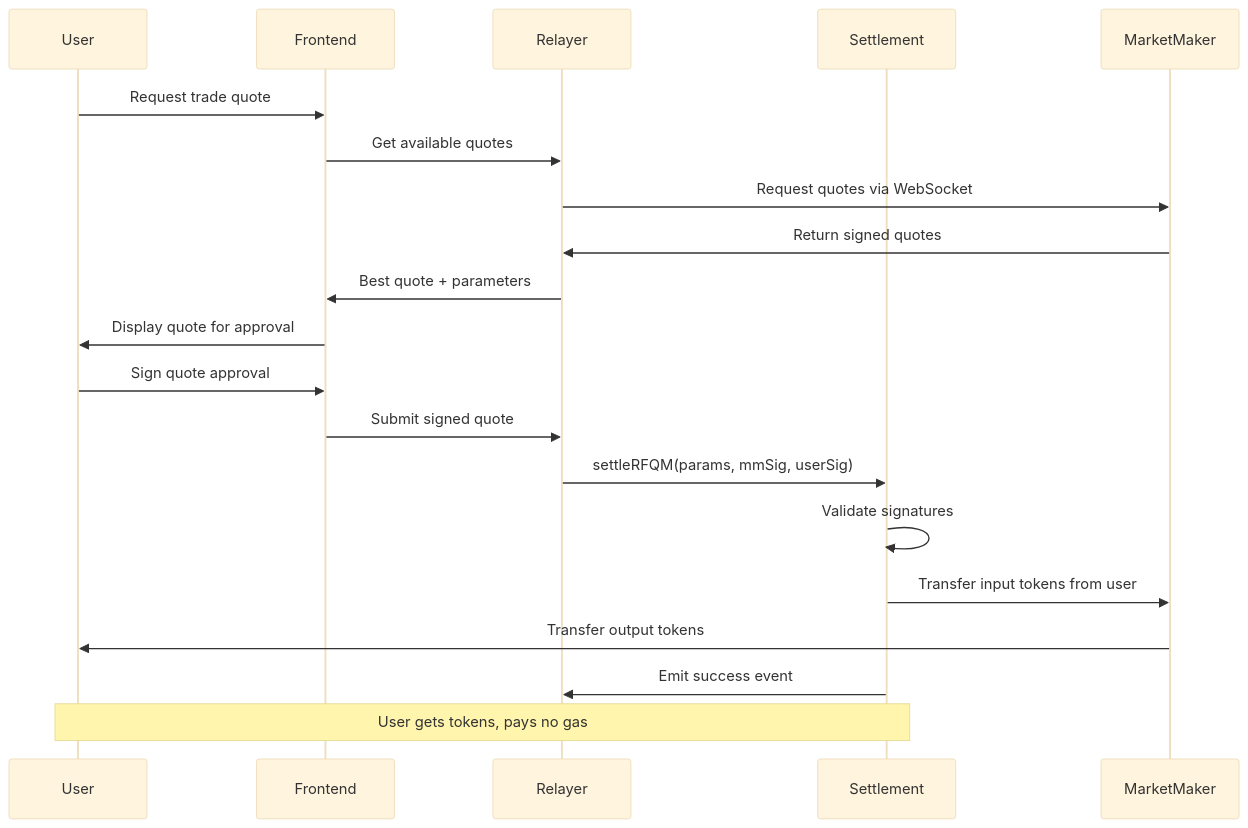
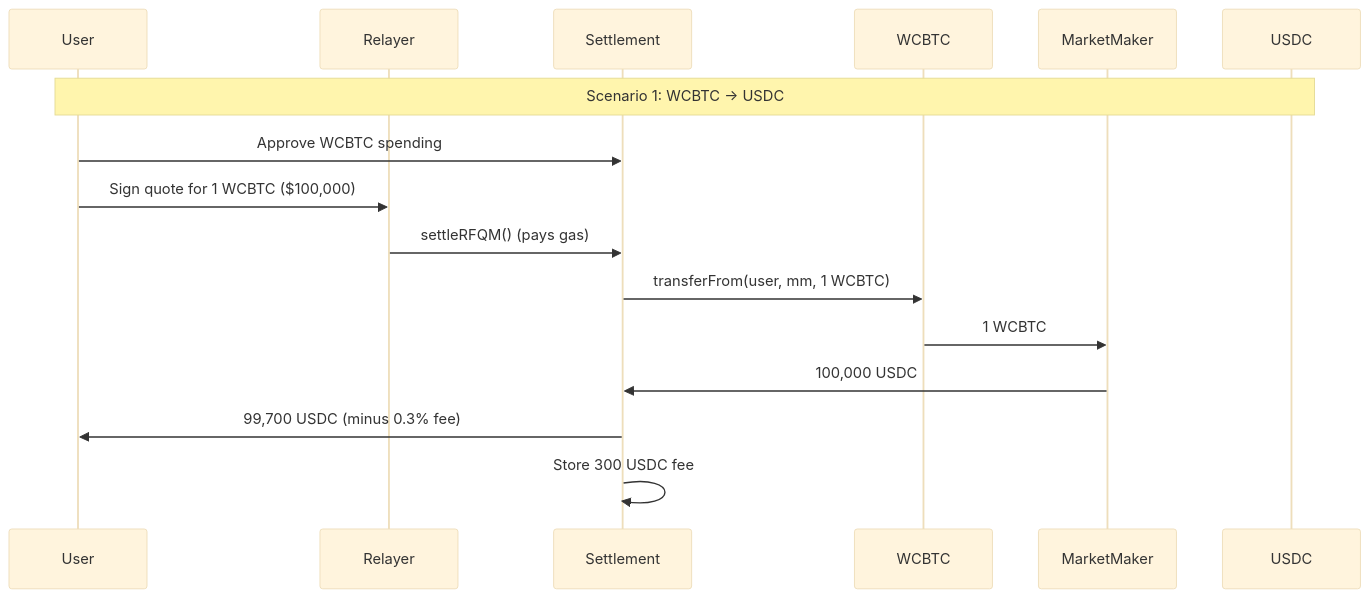
One commit to crest-bitcoin/docs changed the second of 4 diagrams in trading/rfqm.mdx. Above: the diagram before and after it, drawn with Mermaid (base theme). The commit also changed other lines of this file and 3 other files, not shown here.

````diff
--- a/trading/rfqm.mdx
+++ b/trading/rfqm.mdx
@@ -54,26 +65,19 @@
 ```mermaid
 sequenceDiagram
     participant User
-    participant Frontend
     participant Relayer
     participant Settlement
+    participant WCBTC
     participant MarketMaker
+    participant USDC
 
-    User->>Frontend: Request trade quote
-    Frontend->>Relayer: Get available quotes
-    Relayer->>MarketMaker: Request quotes via WebSocket
-    MarketMaker->>Relayer: Return signed quotes
-
-    Relayer->>Frontend: Best quote + parameters
-    Frontend->>User: Display quote for approval
-    User->>Frontend: Sign quote approval
-
-    Frontend->>Relayer: Submit signed quote
-    Relayer->>Settlement: settleRFQM(params, mmSig, userSig)
-    Settlement->>Settlement: Validate signatures
-    Settlement->>MarketMaker: Transfer input tokens from user
-    MarketMaker->>User: Transfer output tokens
-    Settlement->>Relayer: Emit success event
-
-    Note over User,Settlement: User gets tokens, pays no gas
+    Note over User,USDC: Scenario 1: WCBTC → USDC
+    User->>Settlement: Approve WCBTC spending
+    User->>Relayer: Sign quote for 1 WCBTC ($100,000)
+    Relayer->>Settlement: settleRFQM() (pays gas)
+    Settlement->>WCBTC: transferFrom(user, mm, 1 WCBTC)
+    WCBTC->>MarketMaker: 1 WCBTC
+    MarketMaker->>Settlement: 100,000 USDC
+    Settlement->>User: 99,700 USDC (minus 0.3% fee)
+    Settlement->>Settlement: Store 300 USDC fee
 ```
````
